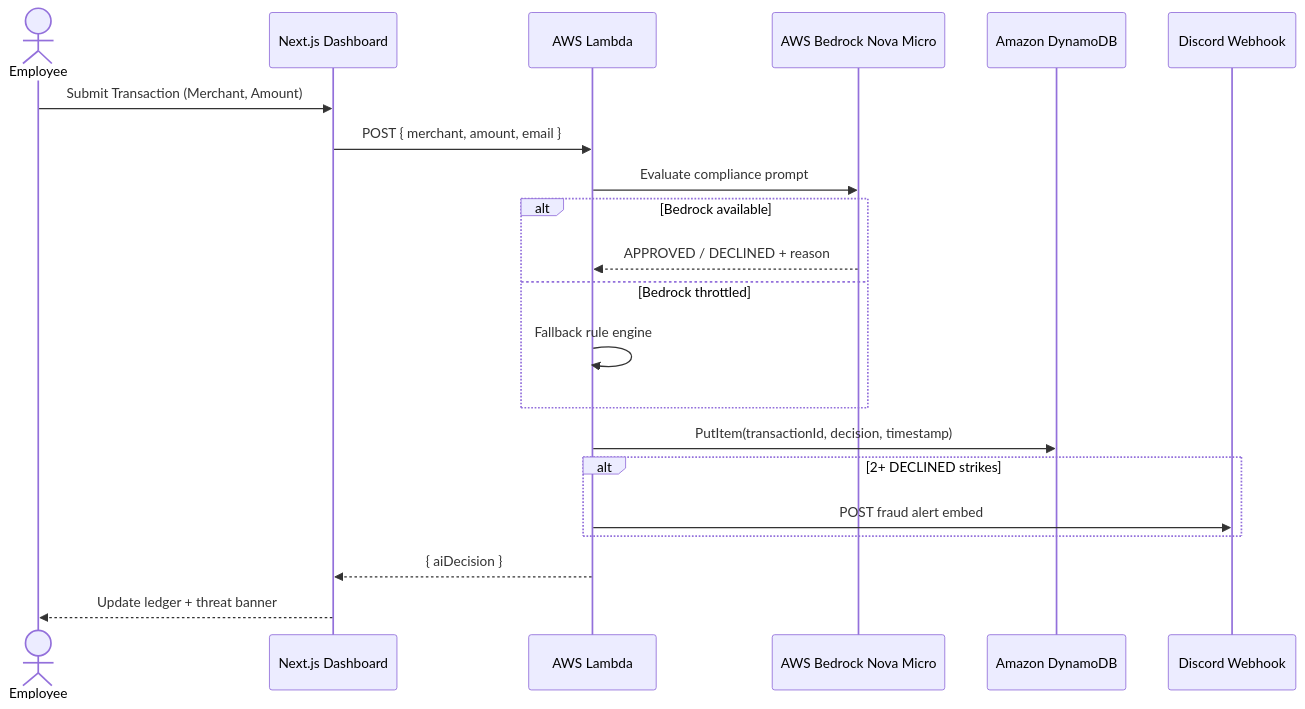
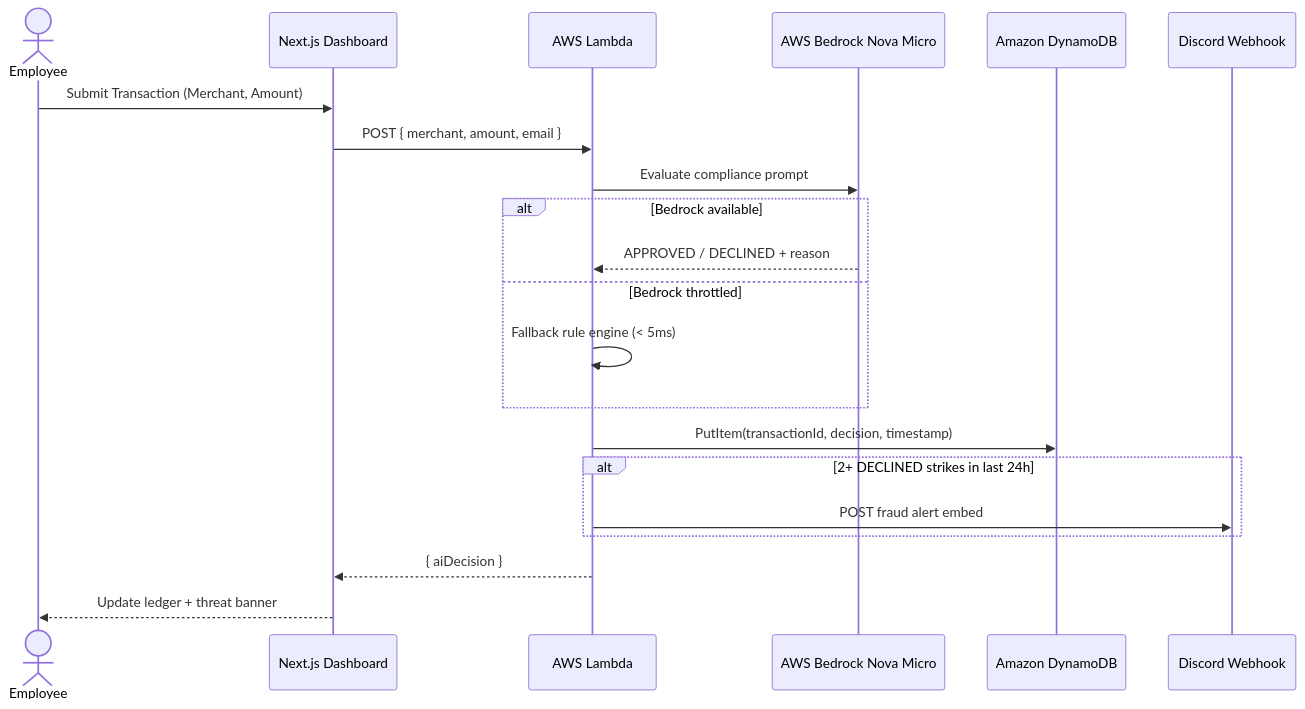
Before and after one commit to prajjwalsingh11/smartwallet-ai: the first of 3 diagrams in ARCHITECTURE.md, drawn with Mermaid. The commit also changed other lines of this file and 1 other file, not shown here.

````diff
--- a/ARCHITECTURE.md
+++ b/ARCHITECTURE.md
@@ -20,24 +20,24 @@
 ```mermaid
 sequenceDiagram
     actor Employee
     participant UI as Next.js Dashboard
     participant Lambda as AWS Lambda
     participant Bedrock as AWS Bedrock Nova Micro
     participant DB as Amazon DynamoDB
     participant Discord as Discord Webhook
 
     Employee->>UI: Submit Transaction (Merchant, Amount)
     UI->>Lambda: POST { merchant, amount, email }
     Lambda->>Bedrock: Evaluate compliance prompt
     alt Bedrock available
         Bedrock-->>Lambda: APPROVED / DECLINED + reason
     else Bedrock throttled
-        Lambda->>Lambda: Fallback rule engine
+        Lambda->>Lambda: Fallback rule engine (< 5ms)
     end
     Lambda->>DB: PutItem(transactionId, decision, timestamp)
-    alt 2+ DECLINED strikes
+    alt 2+ DECLINED strikes in last 24h
         Lambda->>Discord: POST fraud alert embed
     end
     Lambda-->>UI: { aiDecision }
     UI-->>Employee: Update ledger + threat banner
 ```
````
